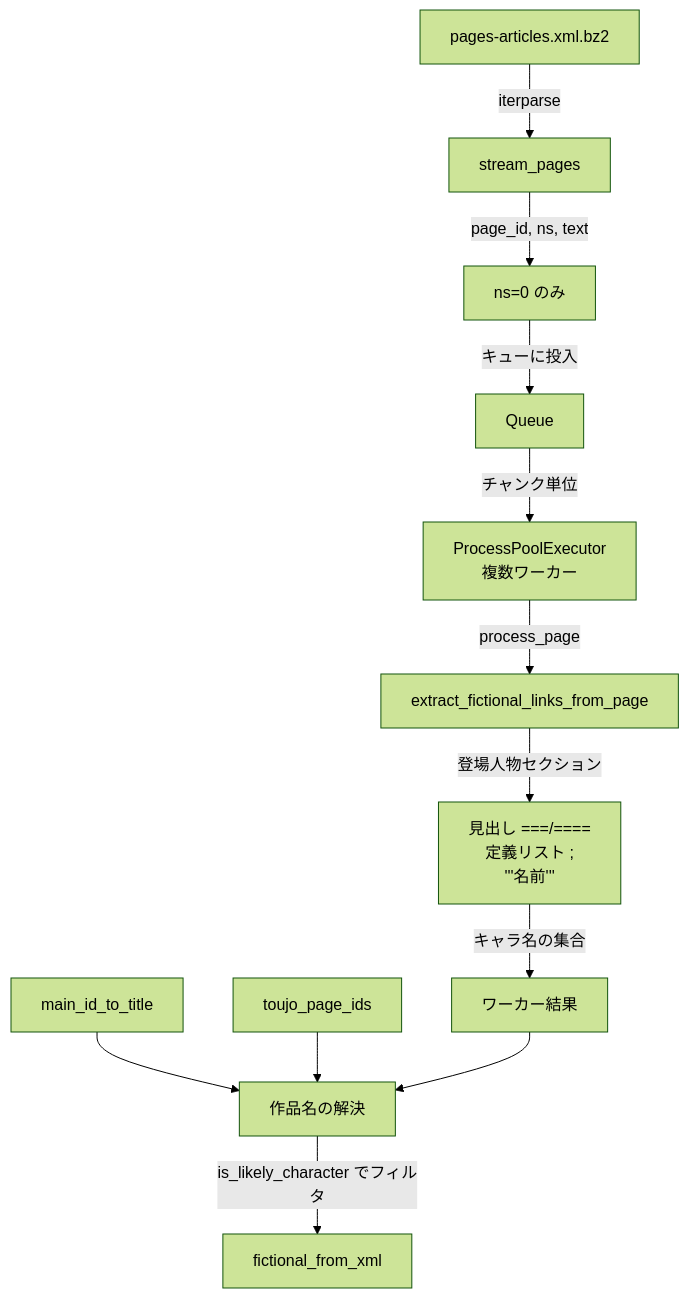
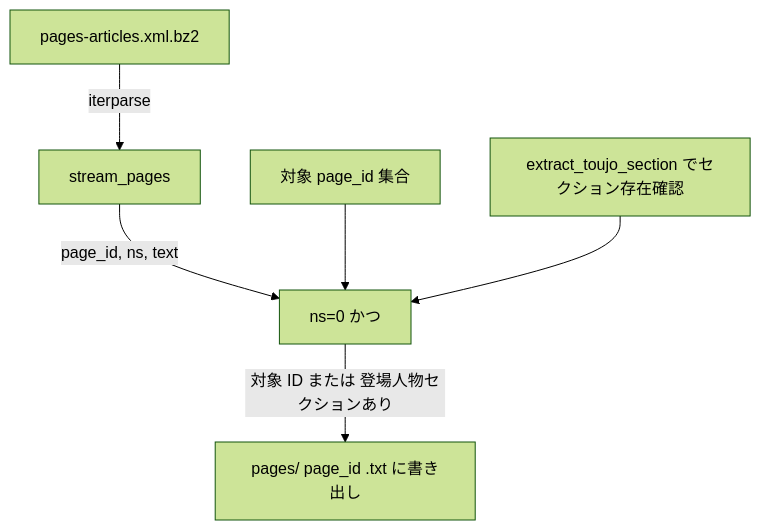
Before and after one commit to version0-1/wiki-extract: the fourth of 4 diagrams in docs/DETAIL_ja.md, drawn with Mermaid (forest theme). The commit also changed other lines of this file and 70 other files, not shown here.

````diff
--- a/docs/DETAIL_ja.md
+++ b/docs/DETAIL_ja.md
@@ -195,15 +220,9 @@
 ```mermaid
 flowchart TB
   XML[pages-articles.xml.bz2]
   XML -->|iterparse| stream[stream_pages]
-  stream -->|page_id, ns, text| filter[ns=0 のみ]
-  filter -->|キューに投入| queue[Queue]
-  queue -->|チャンク単位| workers[ProcessPoolExecutor<br/>複数ワーカー]
-  workers -->|process_page| section[extract_fictional_links_from_page]
-  section -->|登場人物セクション| parse["見出し ===/====<br/>定義リスト ;<br/>'''名前'''"]
-  parse -->|キャラ名の集合| result[ワーカー結果]
-  main_id[main_id_to_title] --> work_title[作品名の解決]
-  toujo[toujo_page_ids] --> work_title
-  result --> work_title
-  work_title -->|is_likely_character でフィルタ| fic_xml[fictional_from_xml]
+  stream -->|page_id, ns, text| filter[ns=0 かつ]
+  filter -->|対象 ID または 登場人物セクションあり| write[pages/ page_id .txt に書き出し]
+  target_ids[対象 page_id 集合] --> filter
+  section_check[extract_toujo_section でセクション存在確認] --> filter
 ```
````
